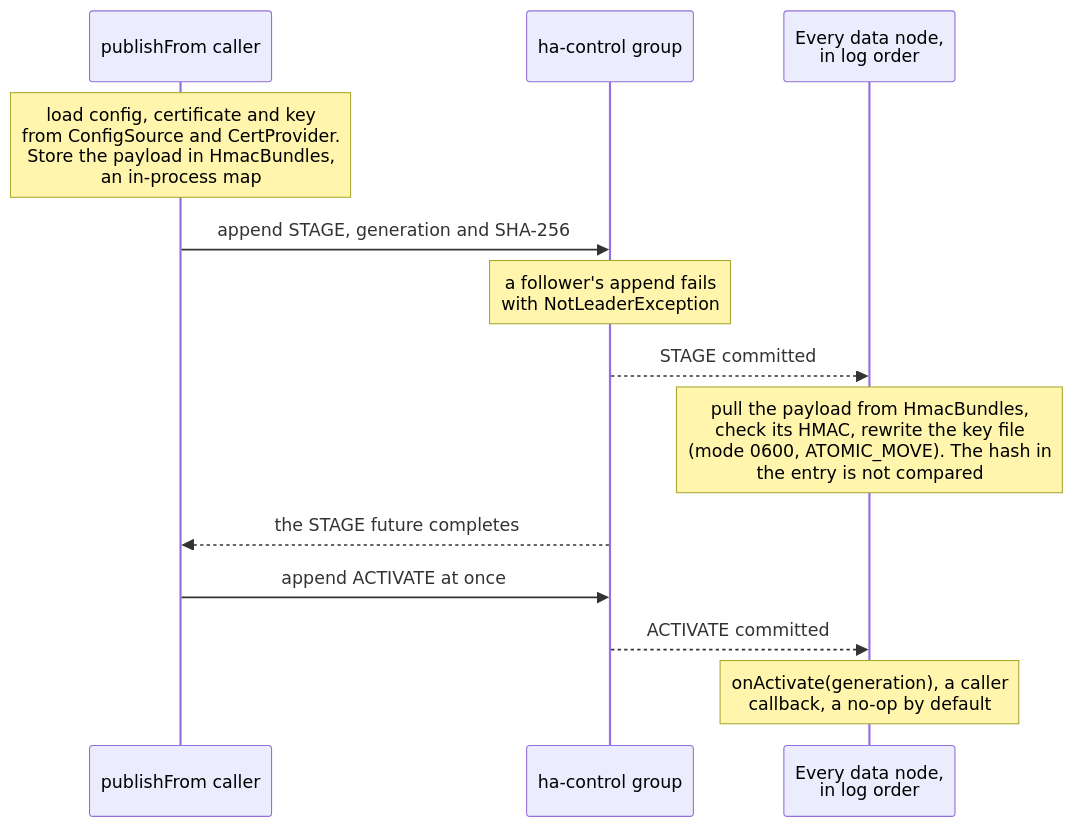
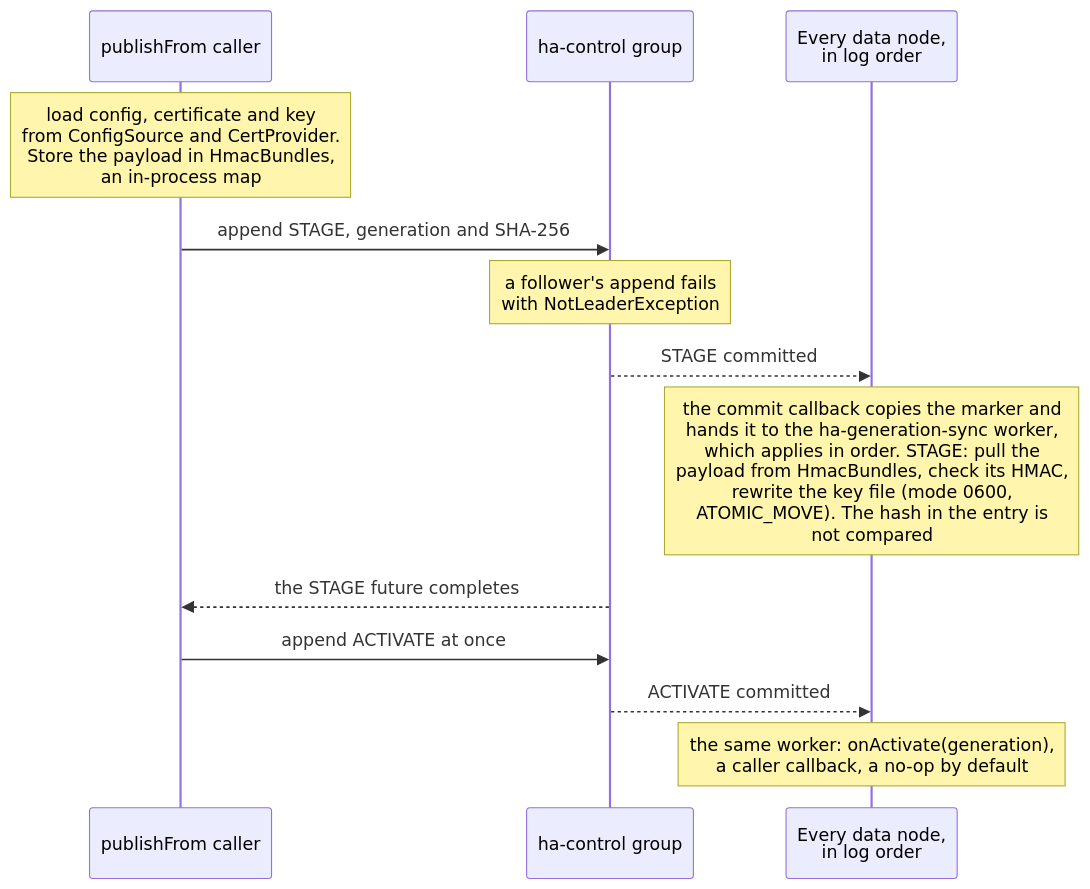
Before and after one commit to BlivionIaG/sjws_nettask: the sixth of 6 diagrams in docs/ha/design.md, drawn with Mermaid. The commit also changed other lines of this file and 7 other files, not shown here.

First line of the commit message:
docs: update the diagrams for the 30 new master commits

````diff
--- a/docs/ha/design.md
+++ b/docs/ha/design.md
@@ -329,16 +330,16 @@
 ```mermaid
 sequenceDiagram
     participant P as publishFrom caller
     participant R as ha-control group
     participant N as Every data node,<br/>in log order
 
     Note over P: load config, certificate and key<br/>from ConfigSource and CertProvider.<br/>Store the payload in HmacBundles,<br/>an in-process map
     P->>R: append STAGE, generation and SHA-256
     Note over R: a follower's append fails<br/>with NotLeaderException
     R-->>N: STAGE committed
-    Note over N: pull the payload from HmacBundles,<br/>check its HMAC, rewrite the key file<br/>(mode 0600, ATOMIC_MOVE). The hash in<br/>the entry is not compared
+    Note over N: the commit callback copies the marker and<br/>hands it to the ha-generation-sync worker,<br/>which applies in order. STAGE: pull the<br/>payload from HmacBundles, check its HMAC,<br/>rewrite the key file (mode 0600,<br/>ATOMIC_MOVE). The hash in the entry is<br/>not compared
     R-->>P: the STAGE future completes
     P->>R: append ACTIVATE at once
     R-->>N: ACTIVATE committed
-    Note over N: onActivate(generation), a caller<br/>callback, a no-op by default
+    Note over N: the same worker: onActivate(generation),<br/>a caller callback, a no-op by default
 ```
````
